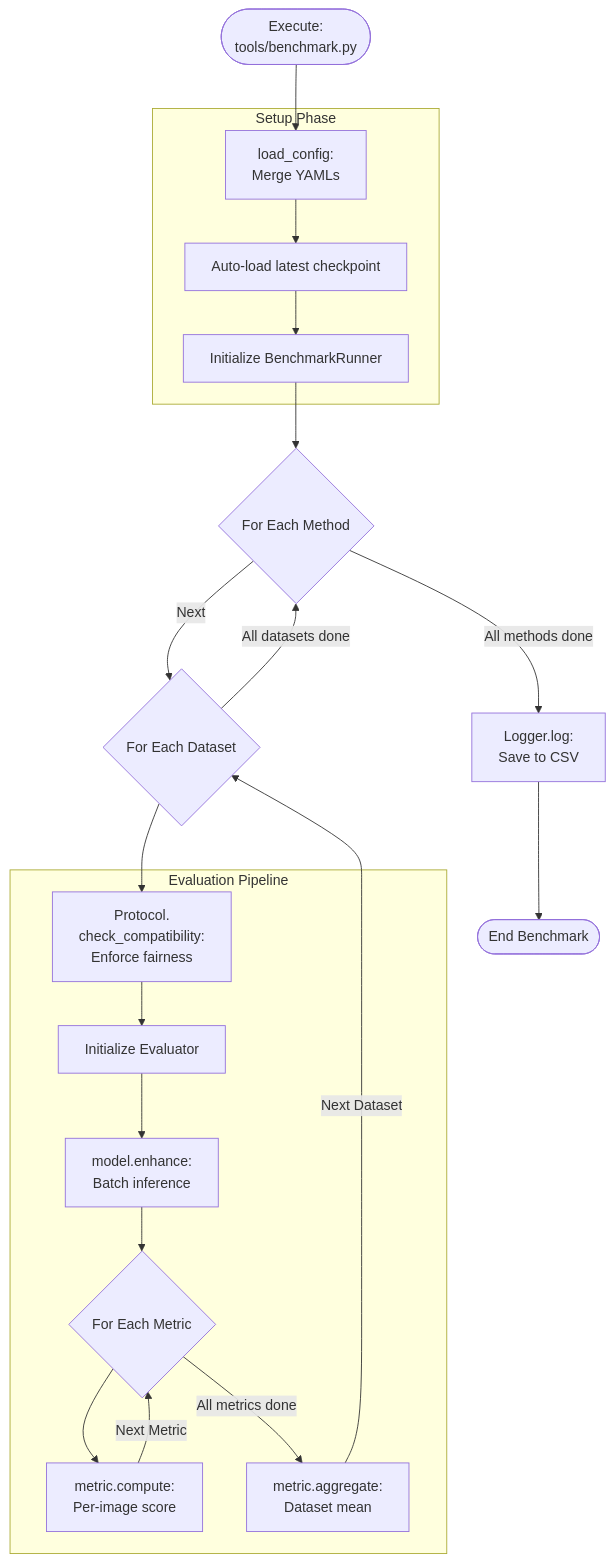
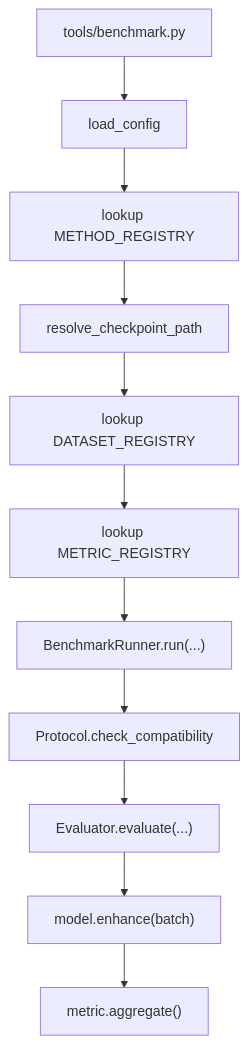
Before and after one commit to fury471/llie_bench: the second of 3 diagrams in README.md, drawn with Mermaid. The commit also changed other lines of this file and 17 other files, not shown here.

````diff
--- a/README.md
+++ b/README.md
@@ -108,37 +148,13 @@
 ```mermaid
 flowchart TD
-    Start([Execute: 
-    tools/benchmark.py]) --> Cfg
-    
-    subgraph Setup Phase
-        Cfg[load_config: 
-        Merge YAMLs] --> Ckpt[Auto-load latest checkpoint]
-        Ckpt --> BR[Initialize BenchmarkRunner]
-    end
-
-    BR --> MethodLoop{For Each Method}
-    MethodLoop --> |Next| DatasetLoop{For Each Dataset}
-
-    subgraph Evaluation Pipeline
-        Compat[Protocol.
-        check_compatibility: 
-        Enforce fairness] --> Eval[Initialize Evaluator]
-        Eval --> Infer[model.enhance: 
-        Batch inference]
-        Infer --> MetricLoop{For Each Metric}
-        
-        MetricLoop --> Compute[metric.compute: 
-        Per-image score]
-        Compute --> |Next Metric| MetricLoop
-        MetricLoop --> |All metrics done| Agg[metric.aggregate: 
-        Dataset mean]
-    end
-
-    DatasetLoop --> Compat
-    Agg --> |Next Dataset| DatasetLoop
-    DatasetLoop --> |All datasets done| MethodLoop
-    
-    MethodLoop --> |All methods done| Log[Logger.log: 
-    Save to CSV]
-    Log --> Finish([End Benchmark])
+    Start["tools/benchmark.py"] --> Cfg["load_config"]
+    Cfg --> Method["lookup METHOD_REGISTRY"]
+    Method --> Ckpt["resolve_checkpoint_path"]
+    Ckpt --> Dataset["lookup DATASET_REGISTRY"]
+    Dataset --> Metrics["lookup METRIC_REGISTRY"]
+    Metrics --> Runner["BenchmarkRunner.run(...)"]
+    Runner --> Protocol["Protocol.check_compatibility"]
+    Protocol --> Eval["Evaluator.evaluate(...)"]
+    Eval --> Infer["model.enhance(batch)"]
+    Infer --> Aggregate["metric.aggregate()"]
 ```
````
